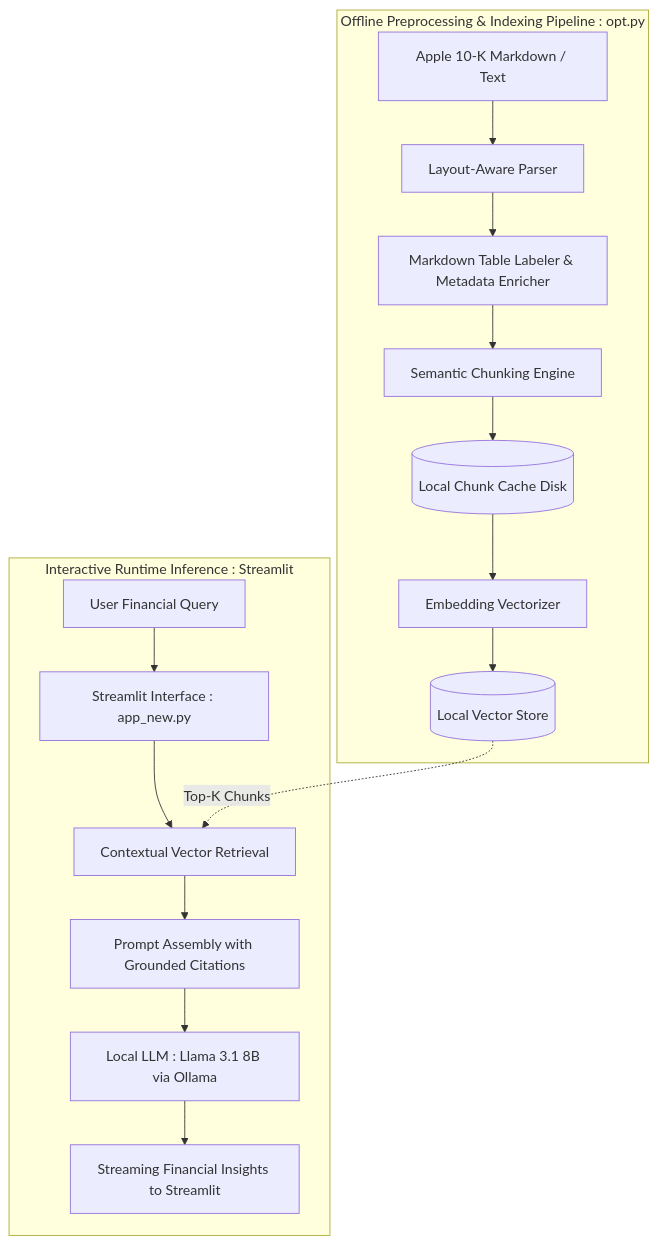
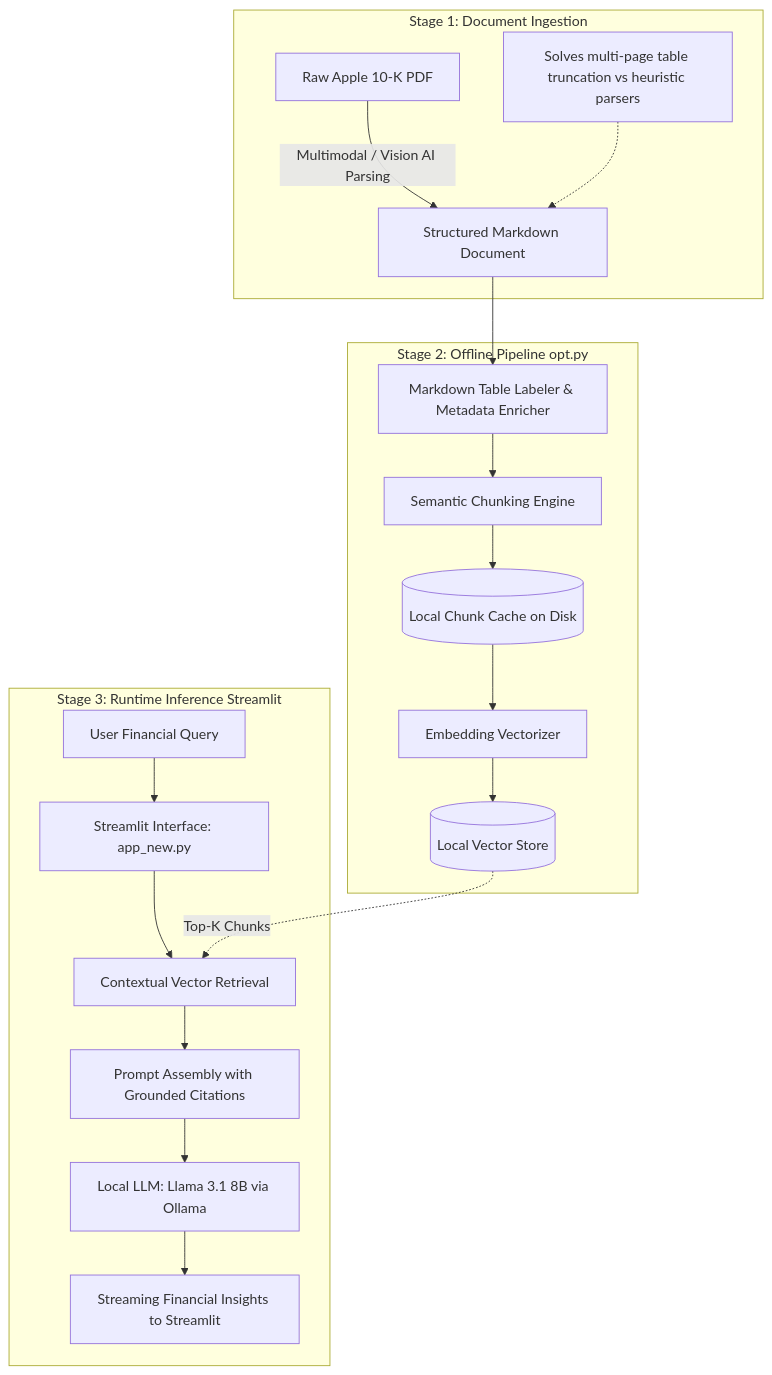
The diagram in README.md (sundogya/rag_apple_financial_report), drawn with Mermaid before and after one commit. The commit also changed other lines of this file, not shown here.

````diff
--- a/README.md
+++ b/README.md
@@ -28,20 +29,24 @@
 ```mermaid
 flowchart TD
-    subgraph Offline Pipeline [Offline Preprocessing & Indexing Pipeline : opt.py]
-        A[Apple 10-K Markdown / Text] --> B[Layout-Aware Parser]
+    subgraph Stage 1: Document Ingestion
+        A[Raw Apple 10-K PDF] -->|Multimodal / Vision AI Parsing| B[Structured Markdown Document]
+        note1[Solves multi-page table truncation vs heuristic parsers] -.-> B
+    end
+
+    subgraph Stage 2: Offline Pipeline opt.py
         B --> C[Markdown Table Labeler & Metadata Enricher]
         C --> D[Semantic Chunking Engine]
-        D --> E[(Local Chunk Cache Disk)]
+        D --> E[(Local Chunk Cache on Disk)]
         E --> F[Embedding Vectorizer]
         F --> G[(Local Vector Store)]
     end
 
-    subgraph Runtime Inference [Interactive Runtime Inference : Streamlit]
-        H[User Financial Query] --> I[Streamlit Interface : app_new.py]
+    subgraph Stage 3: Runtime Inference Streamlit
+        H[User Financial Query] --> I[Streamlit Interface: app_new.py]
         I --> J[Contextual Vector Retrieval]
         G -.->|Top-K Chunks| J
         J --> K[Prompt Assembly with Grounded Citations]
-        K --> L[Local LLM : Llama 3.1 8B via Ollama]
+        K --> L[Local LLM: Llama 3.1 8B via Ollama]
         L --> M[Streaming Financial Insights to Streamlit]
     end
 ```
````
